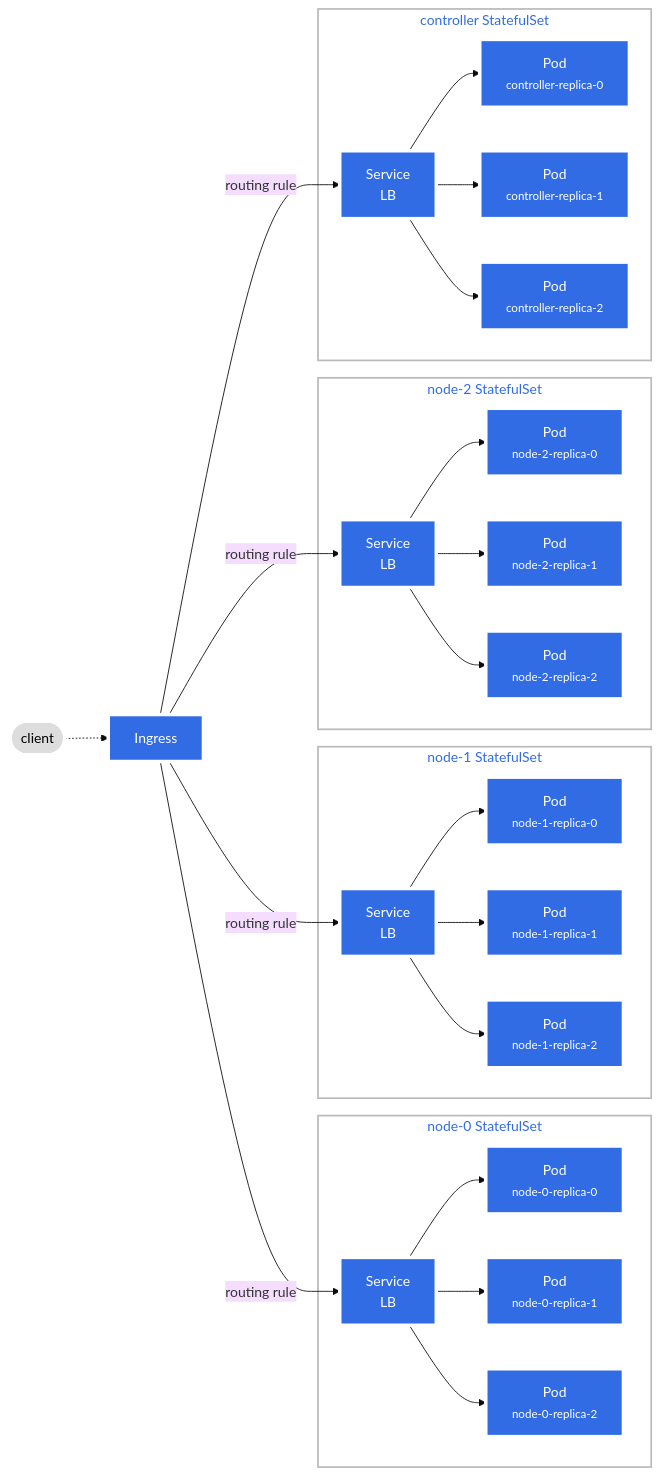
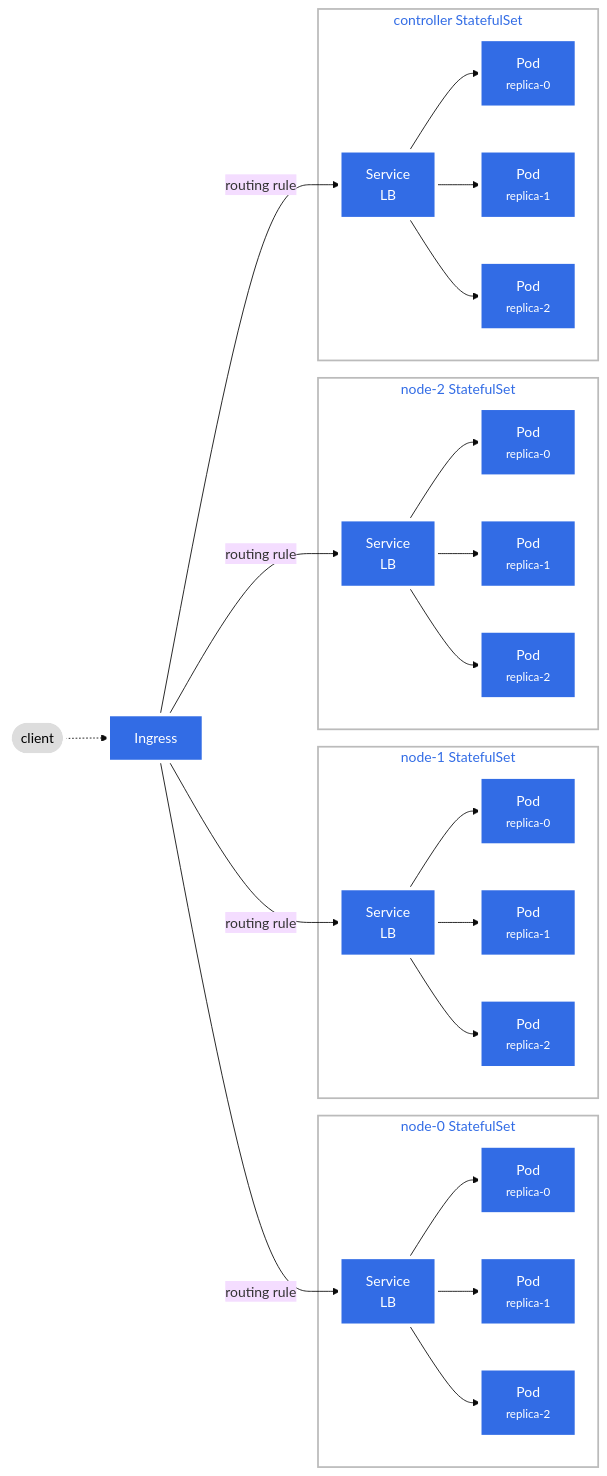
Before and after one commit to CaptainIRS/sharded-kvs: the diagram in README.md, drawn with Mermaid (base theme).

````diff
--- a/README.md
+++ b/README.md
@@ -73,34 +73,34 @@
 ```mermaid
 graph LR;
  client([client]).->ingress[Ingress];
  ingress-->|routing rule|service0[Service<br>LB];
  ingress-->|routing rule|service1[Service<br>LB];
  ingress-->|routing rule|service2[Service<br>LB];
  ingress-->|routing rule|servicec[Service<br>LB];
  subgraph node0[node-0 StatefulSet]
- service0-->pod00[Pod<br><small>node-0-replica-0</small>];
- service0-->pod01[Pod<br><small>node-0-replica-1</small>];
- service0-->pod02[Pod<br><small>node-0-replica-2</small>];
+ service0-->pod00[Pod<br><small>replica-0</small>];
+ service0-->pod01[Pod<br><small>replica-1</small>];
+ service0-->pod02[Pod<br><small>replica-2</small>];
  end
  subgraph node1[node-1 StatefulSet]
- service1-->pod10[Pod<br><small>node-1-replica-0</small>];
- service1-->pod11[Pod<br><small>node-1-replica-1</small>];
- service1-->pod12[Pod<br><small>node-1-replica-2</small>];
+ service1-->pod10[Pod<br><small>replica-0</small>];
+ service1-->pod11[Pod<br><small>replica-1</small>];
+ service1-->pod12[Pod<br><small>replica-2</small>];
  end
  subgraph node2[node-2 StatefulSet]
- service2-->pod20[Pod<br><small>node-2-replica-0</small>];
- service2-->pod21[Pod<br><small>node-2-replica-1</small>];
- service2-->pod22[Pod<br><small>node-2-replica-2</small>];
+ service2-->pod20[Pod<br><small>replica-0</small>];
+ service2-->pod21[Pod<br><small>replica-1</small>];
+ service2-->pod22[Pod<br><small>replica-2</small>];
  end
  subgraph controller[controller StatefulSet]
- servicec-->podc0[Pod<br><small>controller-replica-0</small>];
- servicec-->podc1[Pod<br><small>controller-replica-1</small>];
- servicec-->podc2[Pod<br><small>controller-replica-2</small>];
+ servicec-->podc0[Pod<br><small>replica-0</small>];
+ servicec-->podc1[Pod<br><small>replica-1</small>];
+ servicec-->podc2[Pod<br><small>replica-2</small>];
  end
  classDef plain fill:#ddd,stroke:#fff,stroke-width:4px,color:#000;
  classDef k8s fill:#326ce5,stroke:#fff,stroke-width:4px,color:#fff;
  classDef cluster fill:#fff,stroke:#bbb,stroke-width:2px,color:#326ce5;
  class ingress,service0,ingress1,service1,ingress2,service2,servicec,pod01,pod02,pod00,pod11,pod12,pod10,pod21,pod22,pod20,podc0,podc1,podc2 k8s;
  class client plain;
  class node0,node1,node2 cluster;
 ```
````
